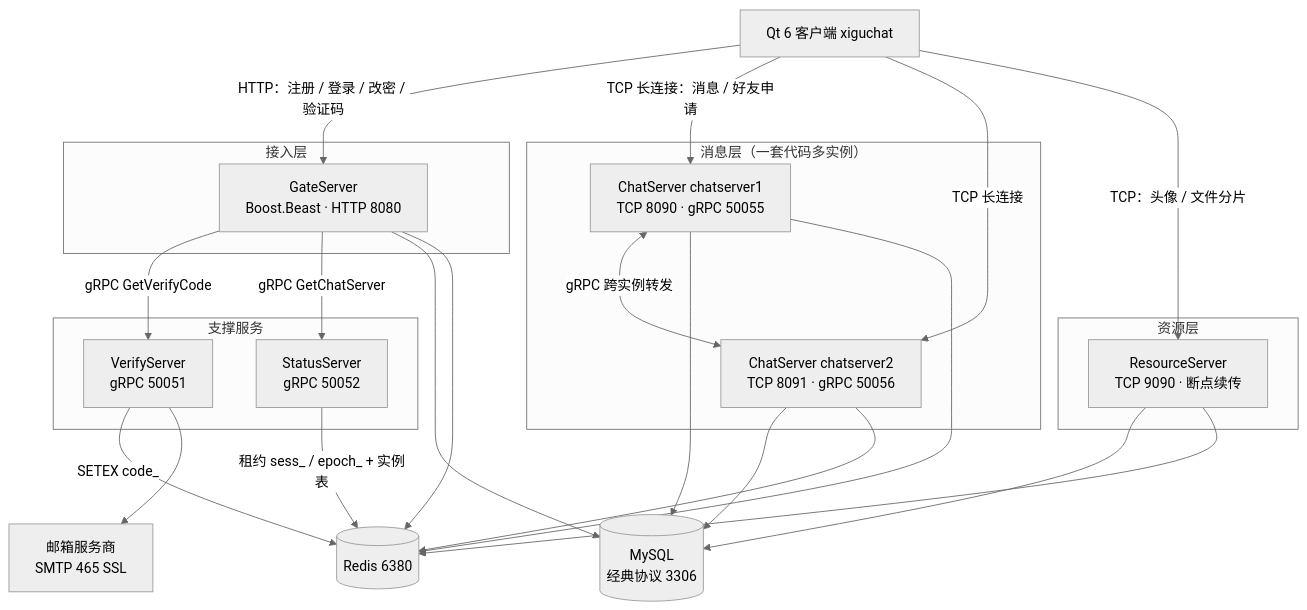
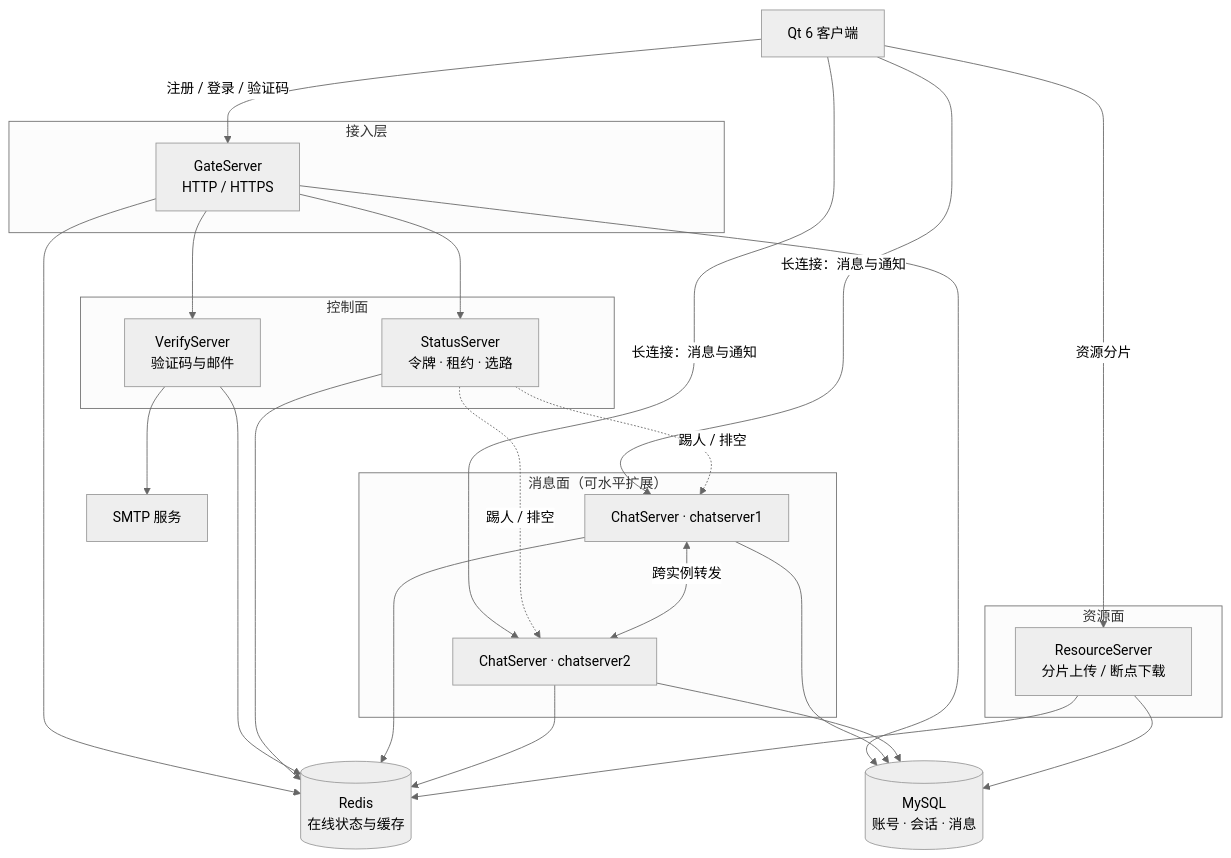
One commit to yrc920/yunjian changed the diagram in README.md. Above: the diagram before and after it, drawn with Mermaid (neutral theme). The commit also changed other lines of this file and 49 other files, not shown here.

````diff
--- a/README.md
+++ b/README.md
@@ -49,49 +43,52 @@
 ```mermaid
 flowchart TB
-    Client["Qt 6 客户端 xiguchat"]
+    Client["Qt 6 客户端"]
 
-    subgraph access["接入层"]
-        Gate["GateServer<br/>Boost.Beast · HTTP 8080"]
+    subgraph Access["接入层"]
+        Gate["GateServer<br/>HTTP / HTTPS"]
     end
 
-    subgraph auxiliary["支撑服务"]
-        Verify["VerifyServer<br/>gRPC 50051"]
-        Status["StatusServer<br/>gRPC 50052"]
+    subgraph Control["控制面"]
+        Verify["VerifyServer<br/>验证码与邮件"]
+        Status["StatusServer<br/>令牌 · 租约 · 选路"]
     end
 
-    subgraph message["消息层（一套代码多实例）"]
-        Chat1["ChatServer chatserver1<br/>TCP 8090 · gRPC 50055"]
-        Chat2["ChatServer chatserver2<br/>TCP 8091 · gRPC 50056"]
+    subgraph Message["消息面（可水平扩展）"]
+        Chat1["ChatServer · chatserver1"]
+        Chat2["ChatServer · chatserver2"]
     end
 
-    subgraph resource["资源层"]
-        Res["ResourceServer<br/>TCP 9090 · 断点续传"]
+    subgraph Resource["资源面"]
+        Res["ResourceServer<br/>分片上传 / 断点下载"]
     end
 
-    Redis[("Redis 6380")]
-    MySQL[("MySQL<br/>经典协议 3306")]
-    Mail["邮箱服务商<br/>SMTP 465 SSL"]
+    Redis[("Redis<br/>在线状态与缓存")]
+    MySQL[("MySQL<br/>账号 · 会话 · 消息")]
+    SMTP["SMTP 服务"]
 
-    Client -->|"HTTP：注册 / 登录 / 改密 / 验证码"| Gate
-    Client -->|"TCP 长连接：消息 / 好友申请"| Chat1
-    Client -->|"TCP 长连接"| Chat2
-    Client -->|"TCP：头像 / 文件分片"| Res
+    Client -->|"注册 / 登录 / 验证码"| Gate
+    Client -->|"长连接：消息与通知"| Chat1
+    Client -->|"长连接：消息与通知"| Chat2
+    Client -->|"资源分片"| Res
 
-    Gate -->|"gRPC GetVerifyCode"| Verify
-    Gate -->|"gRPC GetChatServer"| Status
+    Gate --> Verify
+    Gate --> Status
     Gate --> MySQL
     Gate --> Redis
 
-    Verify -->|"SETEX code_"| Redis
-    Verify --> Mail
+    Verify --> Redis
+    Verify --> SMTP
 
-    Status -->|"租约 sess_ / epoch_ + 实例表"| Redis
+    Status --> Redis
+    Status -.->|"踢人 / 排空"| Chat1
+    Status -.->|"踢人 / 排空"| Chat2
 
-    Chat1 <-->|"gRPC 跨实例转发"| Chat2
+    Chat1 <-->|"跨实例转发"| Chat2
     Chat1 --> MySQL
     Chat1 --> Redis
     Chat2 --> MySQL
     Chat2 --> Redis
+
     Res --> MySQL
     Res --> Redis
 ```
````
